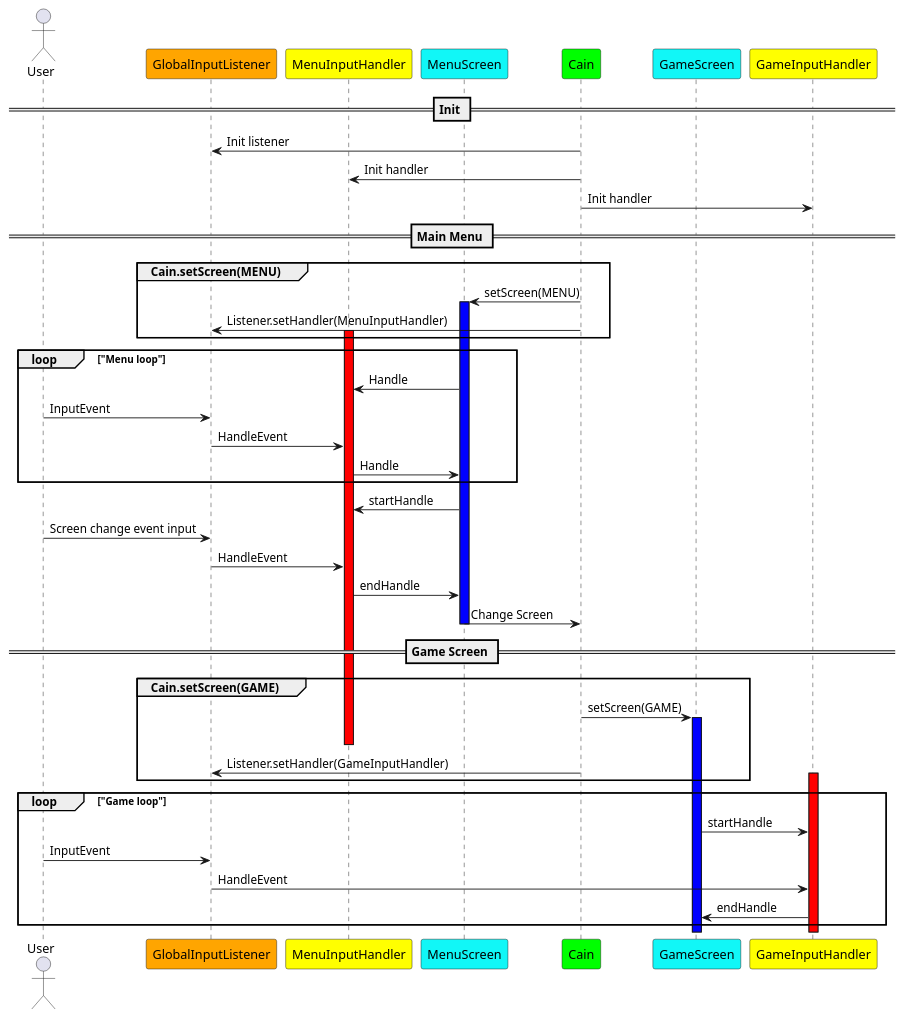
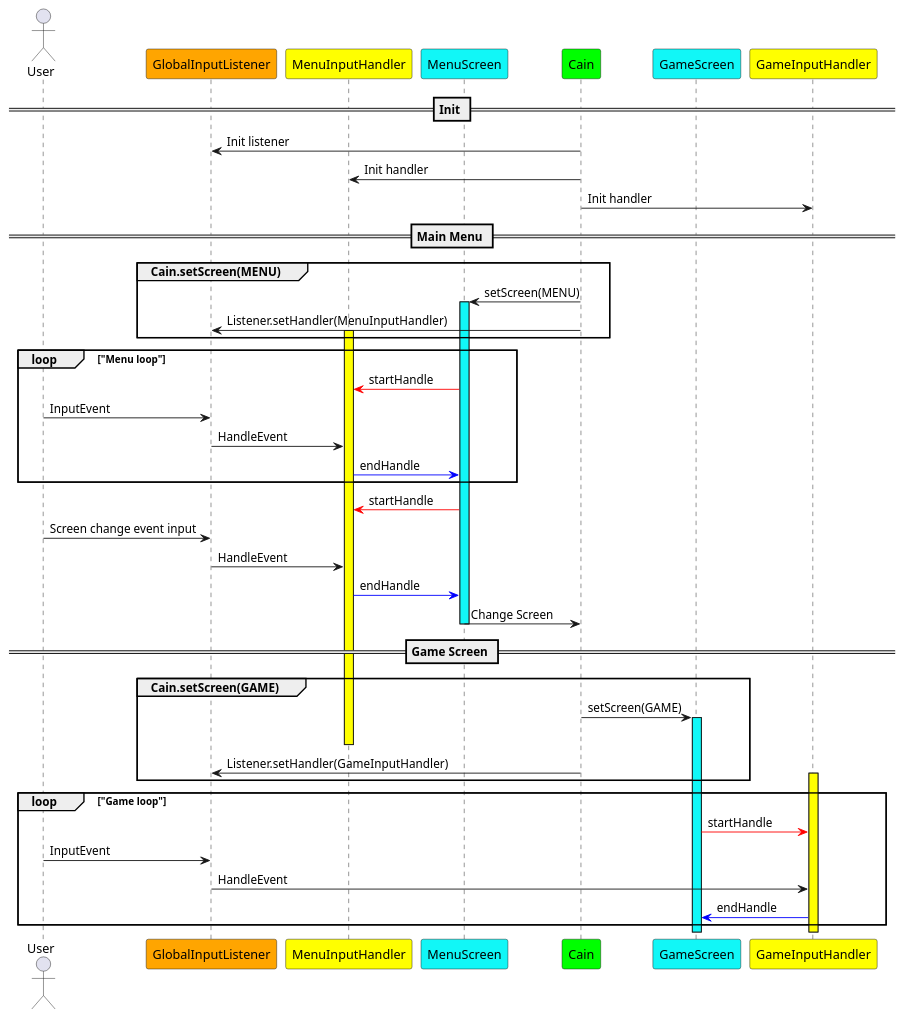
The diagram in docs/architecture/client/input/inputhandling.puml (GRUMv2/GRUMv2), drawn with PlantUML before and after one commit. The commit also changed 2 other files, not shown here.

Commit message:
docs(client):improve flow diagrams, remove png

```diff
--- a/docs/architecture/client/input/inputhandling.puml
+++ b/docs/architecture/client/input/inputhandling.puml
@@ -1,46 +1,46 @@
 @startuml
 actor User
 participant GlobalInputListener as Listener #orange
 participant MenuInputHandler #yellow
 participant MenuScreen #11f7f7
 participant Cain #00FF00
 participant GameScreen #11f7f7
 participant GameInputHandler #yellow
 == Init ==
 Cain -> Listener: Init listener
 Cain -> MenuInputHandler: Init handler
 Cain -> GameInputHandler: Init handler
 == Main Menu ==
 group Cain.setScreen(MENU)
     Cain -> MenuScreen: setScreen(MENU)
-    activate MenuScreen #blue
+    activate MenuScreen #11f7f7
     Cain -> Listener: Listener.setHandler(MenuInputHandler)
-    activate MenuInputHandler #red
+    activate MenuInputHandler #yellow
 end
 loop "Menu loop"
-    MenuScreen -> MenuInputHandler: Handle
+    MenuScreen -[#red]> MenuInputHandler: startHandle
     User -> Listener: InputEvent
     Listener -> MenuInputHandler: HandleEvent
-    MenuInputHandler -> MenuScreen: Handle
+    MenuInputHandler -[#blue]> MenuScreen: endHandle
 end loop
-MenuScreen -> MenuInputHandler: startHandle
+MenuScreen -[#red]> MenuInputHandler: startHandle
 User -> Listener: Screen change event input
 Listener -> MenuInputHandler: HandleEvent 
-MenuInputHandler -> MenuScreen: endHandle 
+MenuInputHandler -[#blue]> MenuScreen: endHandle 
 MenuScreen -> Cain: Change Screen
 == Game Screen ==
 group Cain.setScreen(GAME)
     deactivate MenuScreen
     Cain -> GameScreen: setScreen(GAME)
-    activate GameScreen #blue
-    deactivate MenuInputHandler #red
+    activate GameScreen #11f7f7
+    deactivate MenuInputHandler
     Cain -> Listener: Listener.setHandler(GameInputHandler)
-    activate GameInputHandler #red
+    activate GameInputHandler #yellow
 end
 loop "Game loop"
-    GameScreen -> GameInputHandler: startHandle
+    GameScreen -[#red]> GameInputHandler: startHandle
     User -> Listener: InputEvent
     Listener -> GameInputHandler: HandleEvent
-    GameInputHandler -> GameScreen: endHandle
+    GameInputHandler -[#blue]> GameScreen: endHandle
 end loop
 @enduml
```
